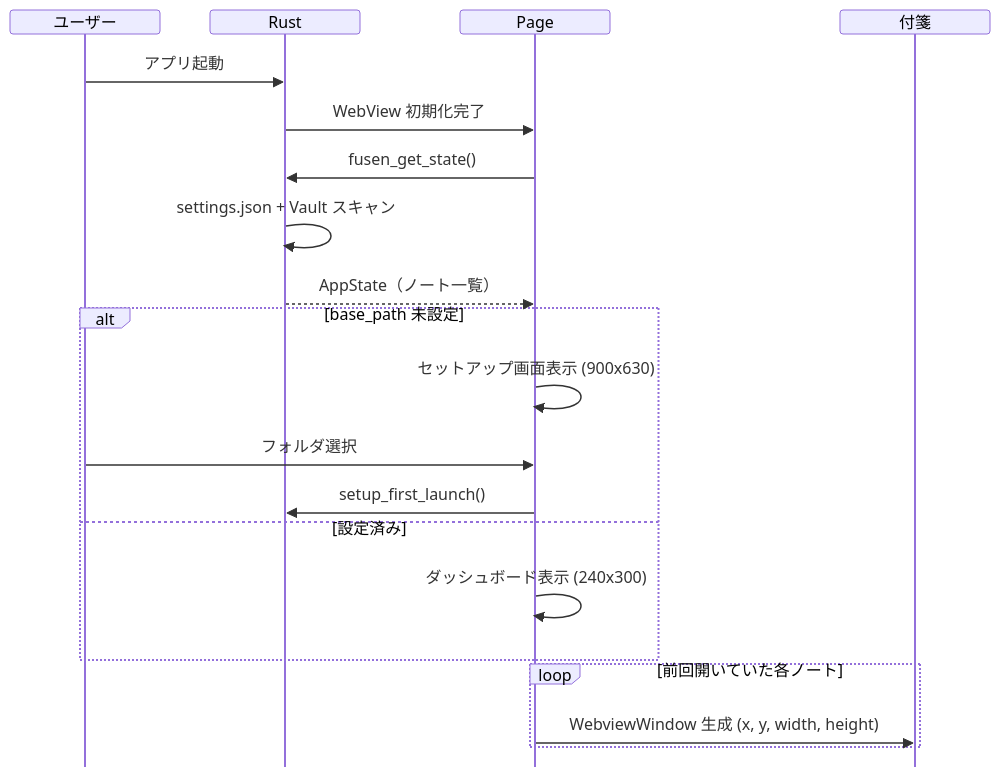
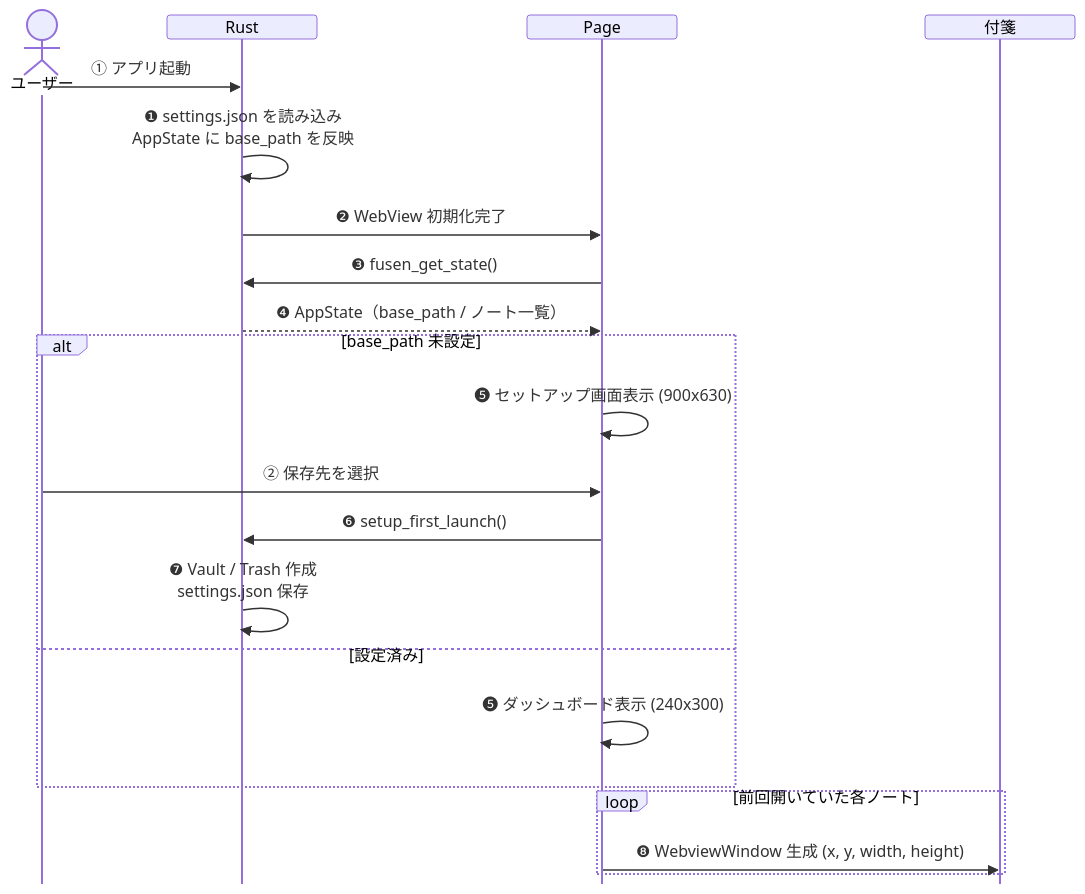
Before and after one commit to ore-no-fusen/ore-no-fusen: the fourth of 8 diagrams in docs-v2/002_PC.md, drawn with Mermaid. The commit also changed other lines of this file and 32 other files, not shown here.

````diff
--- a/docs-v2/002_PC.md
+++ b/docs-v2/002_PC.md
@@ -361,26 +369,27 @@
 ```mermaid
 %%{init: {'sequence': {'messageMargin': 8, 'mirrorActors': false, 'height': 24, 'boxMargin': 4, 'noteMargin': 6}}}%%
 sequenceDiagram
-    participant U as ユーザー
+    actor U as ユーザー
     participant R as Rust
     participant P as Page
     participant W as 付箋
 
-    U->>R: アプリ起動
-    R->>P: WebView 初期化完了
-    P->>R: fusen_get_state()
-    R->>R: settings.json + Vault スキャン
-    R-->>P: AppState（ノート一覧）
+    U->>R: ① アプリ起動
+    R->>R: ❶ settings.json を読み込み<br>AppState に base_path を反映
+    R->>P: ❷ WebView 初期化完了
+    P->>R: ❸ fusen_get_state()
+    R-->>P: ❹ AppState（base_path / ノート一覧）
 
     alt base_path 未設定
-        P->>P: セットアップ画面表示 (900x630)
-        U->>P: フォルダ選択
-        P->>R: setup_first_launch()
+        P->>P: ❺ セットアップ画面表示 (900x630)
+        U->>P: ② 保存先を選択
+        P->>R: ❻ setup_first_launch()
+        R->>R: ❼ Vault / Trash 作成<br>settings.json 保存
     else 設定済み
-        P->>P: ダッシュボード表示 (240x300)
+        P->>P: ❺ ダッシュボード表示 (240x300)
     end
 
     loop 前回開いていた各ノート
-        P->>W: WebviewWindow 生成 (x, y, width, height)
+        P->>W: ❽ WebviewWindow 生成 (x, y, width, height)
     end
 ```
````
